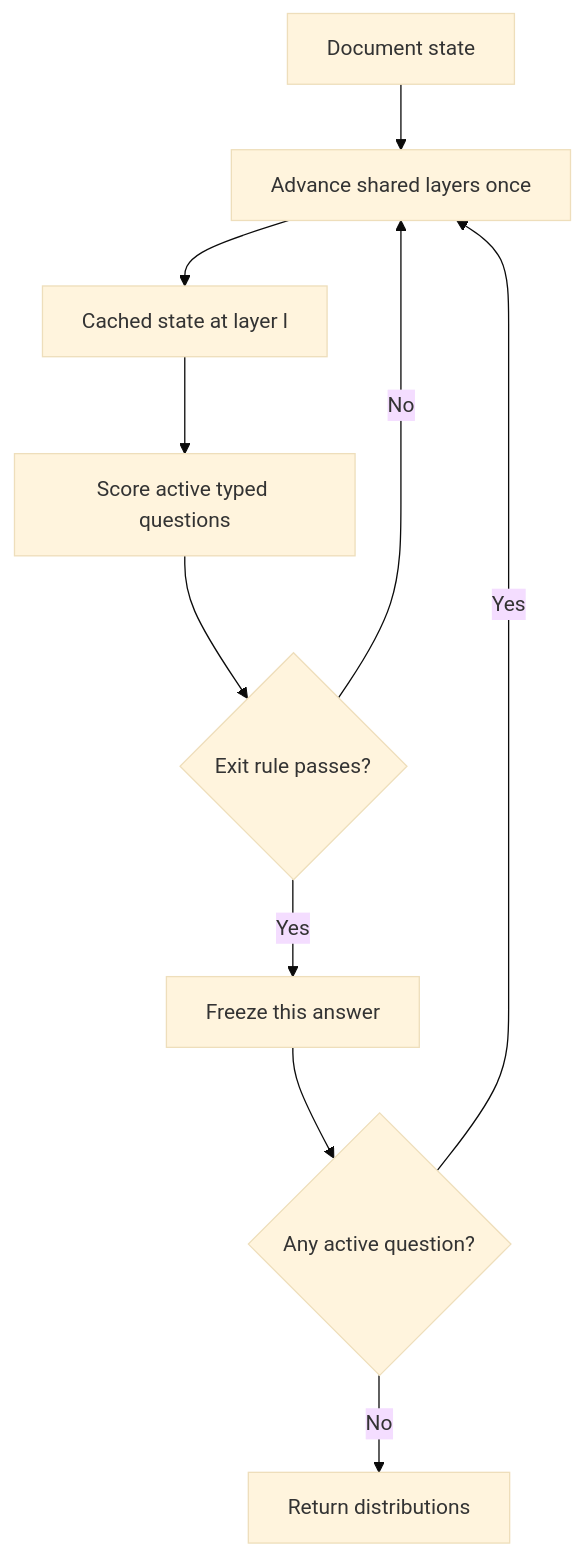
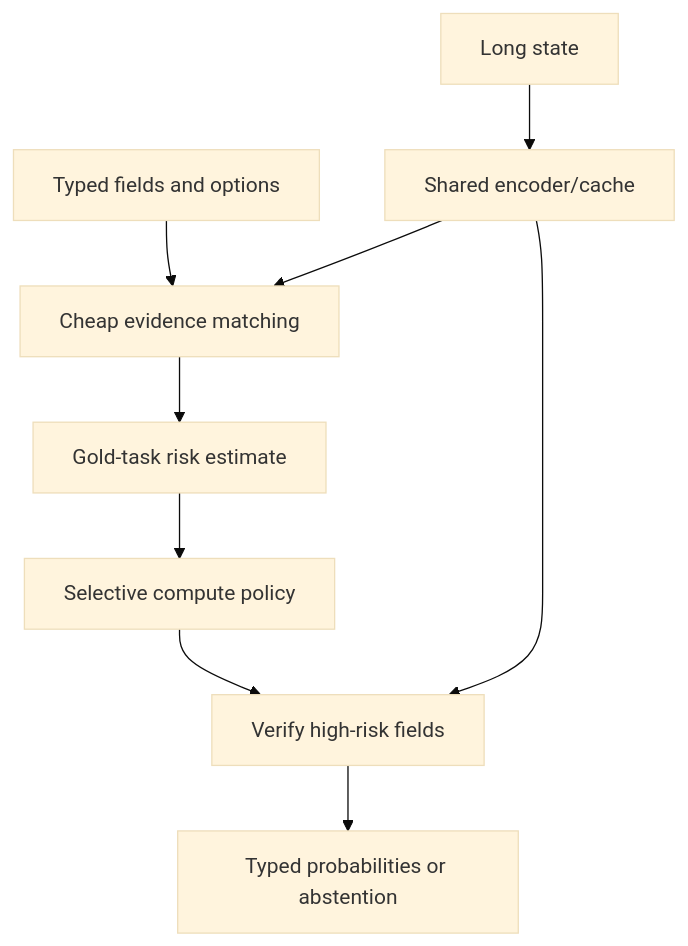
One commit to thepragmatik/revv changed the diagram in docs/architecture.md. Above: the diagram before and after it, drawn with Mermaid (base theme). The commit also changed other lines of this file and 13 other files, not shown here.

````diff
--- a/docs/architecture.md
+++ b/docs/architecture.md
@@ -9,12 +35,11 @@
-~~~~mermaid
+```mermaid
 flowchart TD
-    D["Document state"] --> E["Advance shared layers once"]
-    E --> C["Cached state at layer l"]
-    C --> Q["Score active typed questions"]
-    Q --> X{"Exit rule passes?"}
-    X -->|Yes| F["Freeze this answer"]
-    X -->|No| E
-    F --> A{"Any active question?"}
-    A -->|Yes| E
-    A -->|No| P["Return distributions"]
-~~~~
+    S["Long state"] --> E["Shared encoder/cache"]
+    Q["Typed fields and options"] --> C["Cheap evidence matching"]
+    E --> C
+    C --> R["Gold-task risk estimate"]
+    R --> P["Selective compute policy"]
+    P --> V["Verify high-risk fields"]
+    E --> V
+    V --> O["Typed probabilities or abstention"]
+```
````
